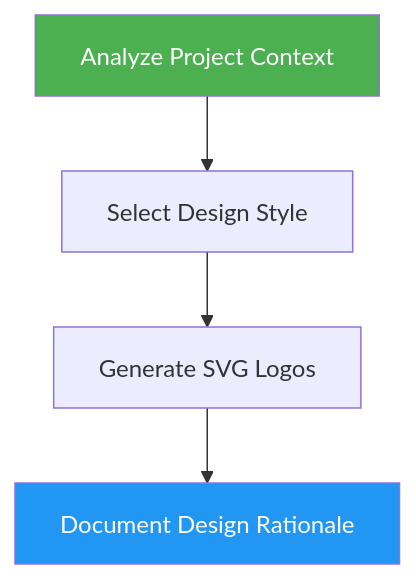
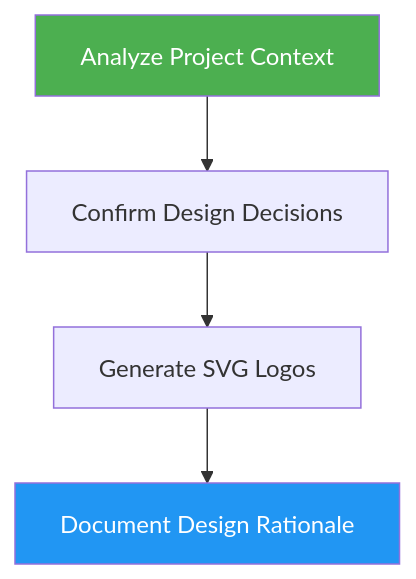
The diagram in meta/logo-designer/docs/README.md (luongnv89/skills), drawn with Mermaid before and after one commit. The commit also changed other lines of this file and 14 other files, not shown here.

First line of the commit message:
feat(logo-designer): design marks from decisions, not AI-default effects (#685) (#690)

````diff
--- a/meta/logo-designer/docs/README.md
+++ b/meta/logo-designer/docs/README.md
@@ -34,8 +36,8 @@
 ```mermaid
 graph TD
-    A["Analyze Project Context"] --> B["Select Design Style"]
+    A["Analyze Project Context"] --> B["Confirm Design Decisions"]
     B --> C["Generate SVG Logos"]
     C --> D["Document Design Rationale"]
     style A fill:#4CAF50,color:#fff
     style D fill:#2196F3,color:#fff
 ```
````
